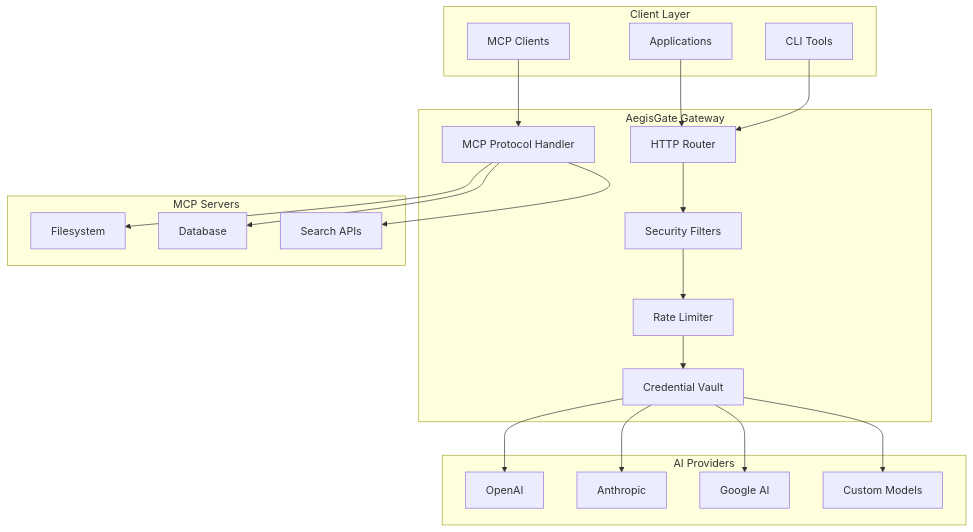
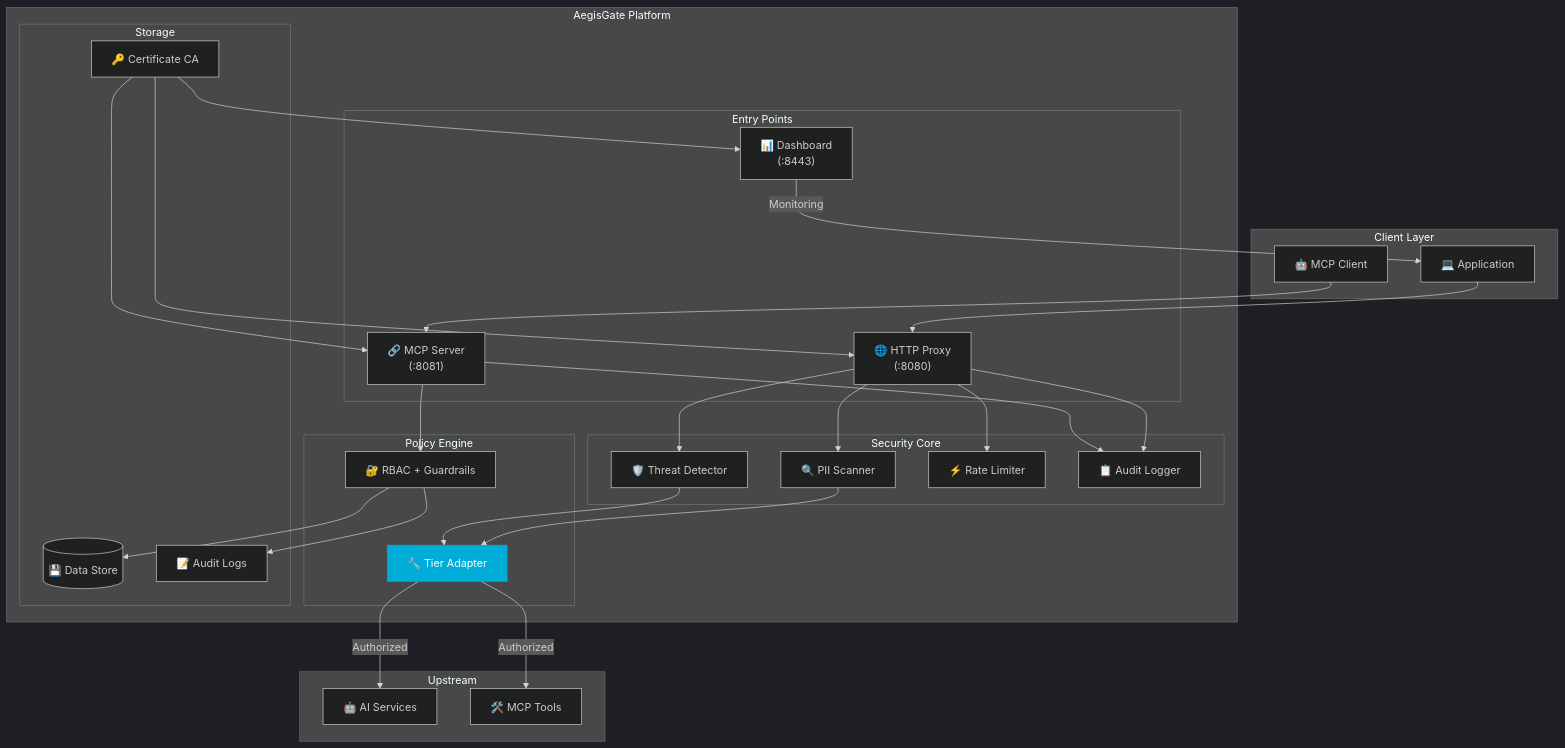
The second of 2 diagrams in README.md (aegisgatesecurity/aegisgate-platform), drawn with Mermaid before and after one commit. The commit also changed other lines of this file, not shown here.

Commit message:
docs: reorganize README for better flow

````diff
--- a/README.md
+++ b/README.md
@@ -246,43 +130,56 @@
 ```mermaid
-graph TB
+%%{init: {'theme': 'dark'}}%%
+flowchart TB
     subgraph "Client Layer"
-        A[Applications]
-        B[CLI Tools]
-        C[MCP Clients]
+        A[💻 Application]
+        B[🤖 MCP Client]
+    end
+
+    subgraph "AegisGate Platform"
+        subgraph "Entry Points"
+            C["🌐 HTTP Proxy\n(:8080)"]
+            D["🔗 MCP Server\n(:8081)"]
+            E["📊 Dashboard\n(:8443)"]
+        end
+        
+        subgraph "Security Core"
+            F[🔍 PII Scanner]
+            G[🛡️ Threat Detector]
+            H[⚡ Rate Limiter]
+            I[📋 Audit Logger]
+        end
+        
+        subgraph "Policy Engine"
+            J["🔐 RBAC + Guardrails"]
+            K[🔧 Tier Adapter]
+        end
+        
+        subgraph "Storage"
+            M[(💾 Data Store)]
+            N["📝 Audit Logs"]
+            O["🔑 Certificate CA"]
+        end
     end
     
-    subgraph "AegisGate Gateway"
-        D[HTTP Router]
-        E[Security Filters]
-        F[Rate Limiter]
-        G[Credential Vault]
-        H[MCP Protocol Handler]
+    subgraph "Upstream"
+        P[🤖 AI Services]
+        Q[🛠️ MCP Tools]
     end
+
+    A --> C
+    B --> D
+    E -->|Monitoring| A
     
-    subgraph "AI Providers"
-        I[OpenAI]
-        J[Anthropic]
-        K[Google AI]
-        L[Custom Models]
-    end
+    C --> F & G & H & I
+    D --> J & I
     
-    subgraph "MCP Servers"
-        M[Filesystem]
-        N[Database]
-        O[Search APIs]
-    end
+    F & G --> K
+    J --> M & N
+    O --> C & D & E
     
-    A --> D
-    B --> D
-    C --> H
-    D --> E
-    E --> F
-    F --> G
-    G --> I
-    G --> J
-    G --> K
-    G --> L
-    H --> M
-    H --> N
-    H --> O
+    K -->|Authorized| P & Q
+
+    style K fill:#00ADD8,stroke:#00ADD8,color:#fff
+    style F fill:#2386362
+    style G fill:#2386362
 ```
````
